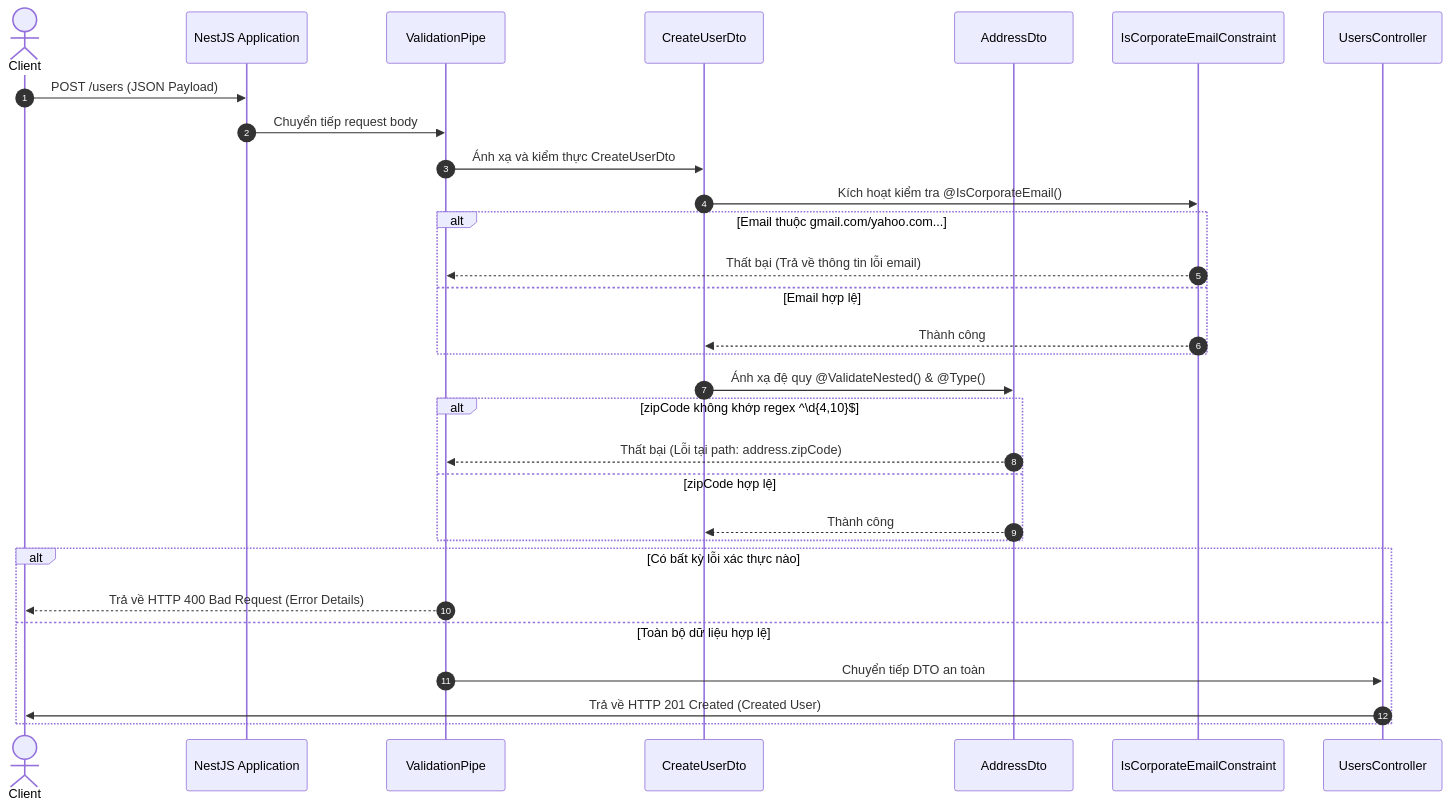
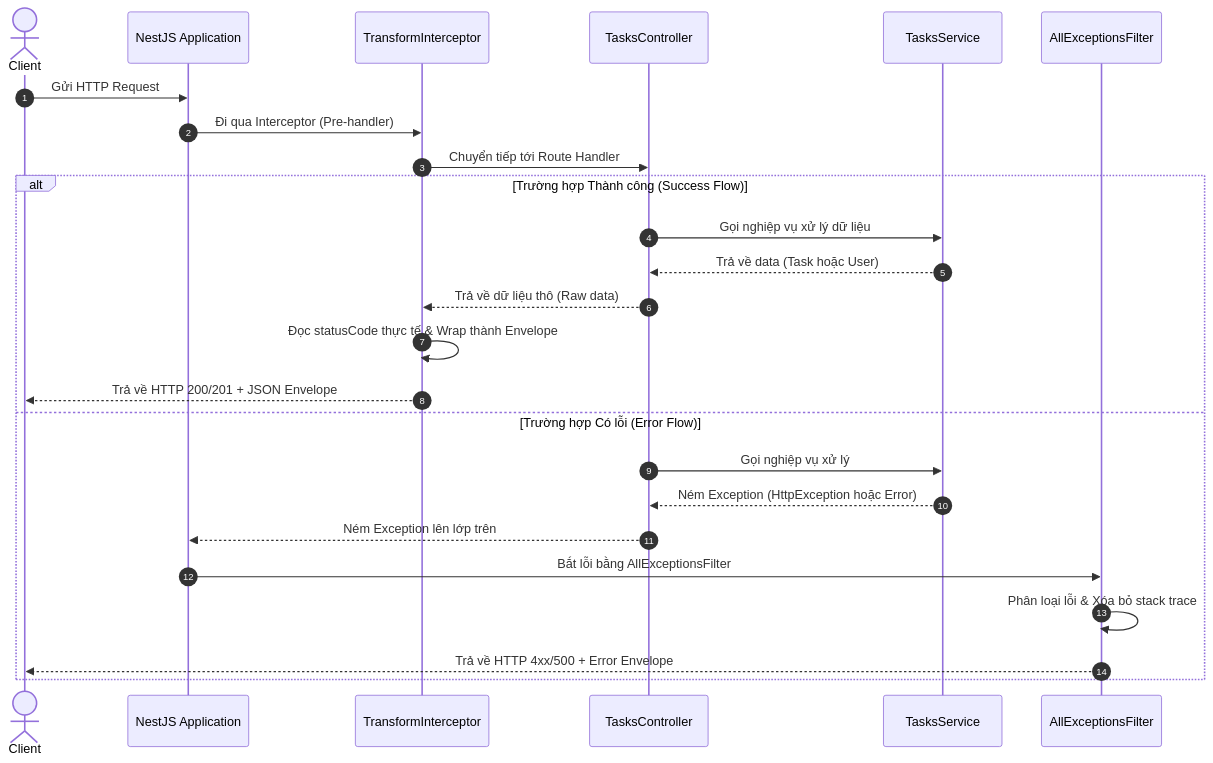
The diagram in README.md (emnghiaproplayers/task-management-study), drawn with Mermaid before and after one commit. The commit also changed other lines of this file and 6 other files, not shown here.

Commit message:
chuẩn hóa api trả ra thông qua transform interceptor và all exception filter

````diff
--- a/README.md
+++ b/README.md
@@ -61,35 +65,29 @@
 ```mermaid
 sequenceDiagram
     autonumber
     actor Client
     participant App as NestJS Application
-    participant Pipe as ValidationPipe
-    participant DTO as CreateUserDto
-    participant NestedDTO as AddressDto
-    participant Decorator as IsCorporateEmailConstraint
-    participant Controller as UsersController
+    participant Interceptor as TransformInterceptor
+    participant Controller as TasksController
+    participant Service as TasksService
+    participant Filter as AllExceptionsFilter
 
-    Client->>App: POST /users (JSON Payload)
-    App->>Pipe: Chuyển tiếp request body
-    Pipe->>DTO: Ánh xạ và kiểm thực CreateUserDto
-    DTO->>Decorator: Kích hoạt kiểm tra @IsCorporateEmail()
-    alt Email thuộc gmail.com/yahoo.com...
-        Decorator-->>Pipe: Thất bại (Trả về thông tin lỗi email)
-    else Email hợp lệ
-        Decorator-->>DTO: Thành công
-    end
-
-    DTO->>NestedDTO: Ánh xạ đệ quy @ValidateNested() & @Type()
-    alt zipCode không khớp regex ^\d{4,10}$
-        NestedDTO-->>Pipe: Thất bại (Lỗi tại path: address.zipCode)
-    else zipCode hợp lệ
-        NestedDTO-->>DTO: Thành công
-    end
-
-    alt Có bất kỳ lỗi xác thực nào
-        Pipe-->>Client: Trả về HTTP 400 Bad Request (Error Details)
-    else Toàn bộ dữ liệu hợp lệ
-        Pipe->>Controller: Chuyển tiếp DTO an toàn
-        Controller->>Client: Trả về HTTP 201 Created (Created User)
+    Client->>App: Gửi HTTP Request
+    App->>Interceptor: Đi qua Interceptor (Pre-handler)
+    Interceptor->>Controller: Chuyển tiếp tới Route Handler
+    
+    alt Trường hợp Thành công (Success Flow)
+        Controller->>Service: Gọi nghiệp vụ xử lý dữ liệu
+        Service-->>Controller: Trả về data (Task hoặc User)
+        Controller-->>Interceptor: Trả về dữ liệu thô (Raw data)
+        Interceptor->>Interceptor: Đọc statusCode thực tế & Wrap thành Envelope
+        Interceptor-->>Client: Trả về HTTP 200/201 + JSON Envelope
+    else Trường hợp Có lỗi (Error Flow)
+        Controller->>Service: Gọi nghiệp vụ xử lý
+        Service-->>Controller: Ném Exception (HttpException hoặc Error)
+        Controller-->>App: Ném Exception lên lớp trên
+        App->>Filter: Bắt lỗi bằng AllExceptionsFilter
+        Filter->>Filter: Phân loại lỗi & Xóa bỏ stack trace
+        Filter-->>Client: Trả về HTTP 4xx/500 + Error Envelope
     end
 ```
````
